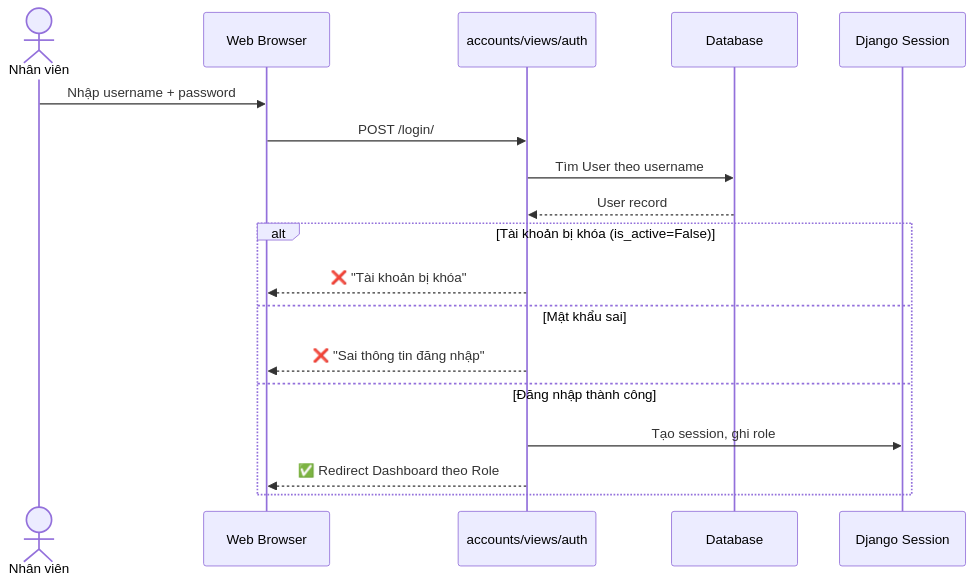
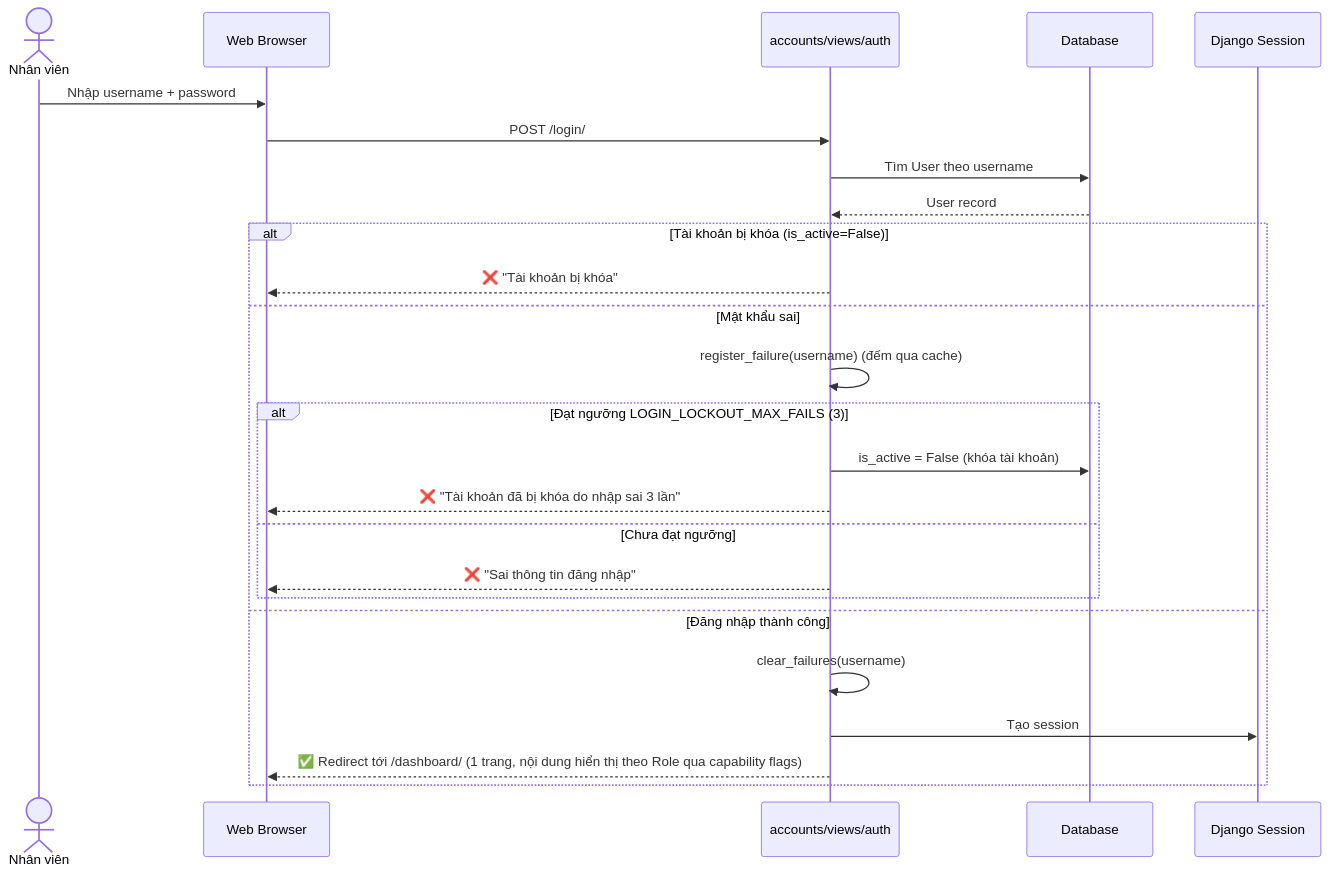
The second of 18 diagrams in walkthrough.md (hohoangluan/Business_web_project), drawn with Mermaid before and after one commit. The commit also changed other lines of this file and 67 other files, not shown here.

````diff
--- a/walkthrough.md
+++ b/walkthrough.md
@@ -455,22 +483,29 @@
 ```mermaid
 sequenceDiagram
     actor User as Nhân viên
     participant Web as Web Browser
     participant Auth as accounts/views/auth
     participant DB as Database
     participant Session as Django Session
 
     User->>Web: Nhập username + password
     Web->>Auth: POST /login/
     Auth->>DB: Tìm User theo username
     DB-->>Auth: User record
 
     alt Tài khoản bị khóa (is_active=False)
         Auth-->>Web: ❌ "Tài khoản bị khóa"
     else Mật khẩu sai
-        Auth-->>Web: ❌ "Sai thông tin đăng nhập"
+        Auth->>Auth: register_failure(username) (đếm qua cache)
+        alt Đạt ngưỡng LOGIN_LOCKOUT_MAX_FAILS (3)
+            Auth->>DB: is_active = False (khóa tài khoản)
+            Auth-->>Web: ❌ "Tài khoản đã bị khóa do nhập sai 3 lần"
+        else Chưa đạt ngưỡng
+            Auth-->>Web: ❌ "Sai thông tin đăng nhập"
+        end
     else Đăng nhập thành công
-        Auth->>Session: Tạo session, ghi role
-        Auth-->>Web: ✅ Redirect Dashboard theo Role
+        Auth->>Auth: clear_failures(username)
+        Auth->>Session: Tạo session
+        Auth-->>Web: ✅ Redirect tới /dashboard/ (1 trang, nội dung hiển thị theo Role qua capability flags)
     end
 ```
````
